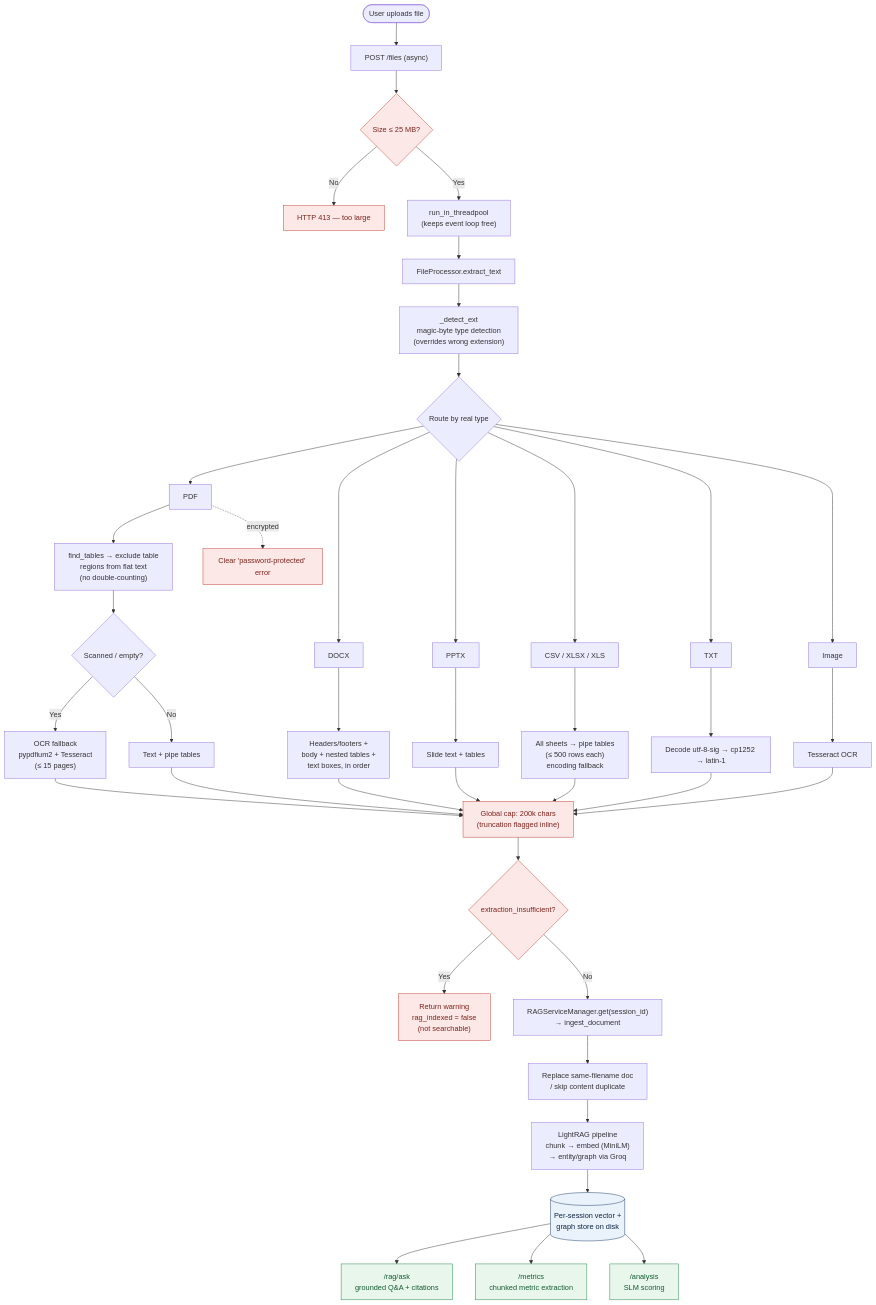
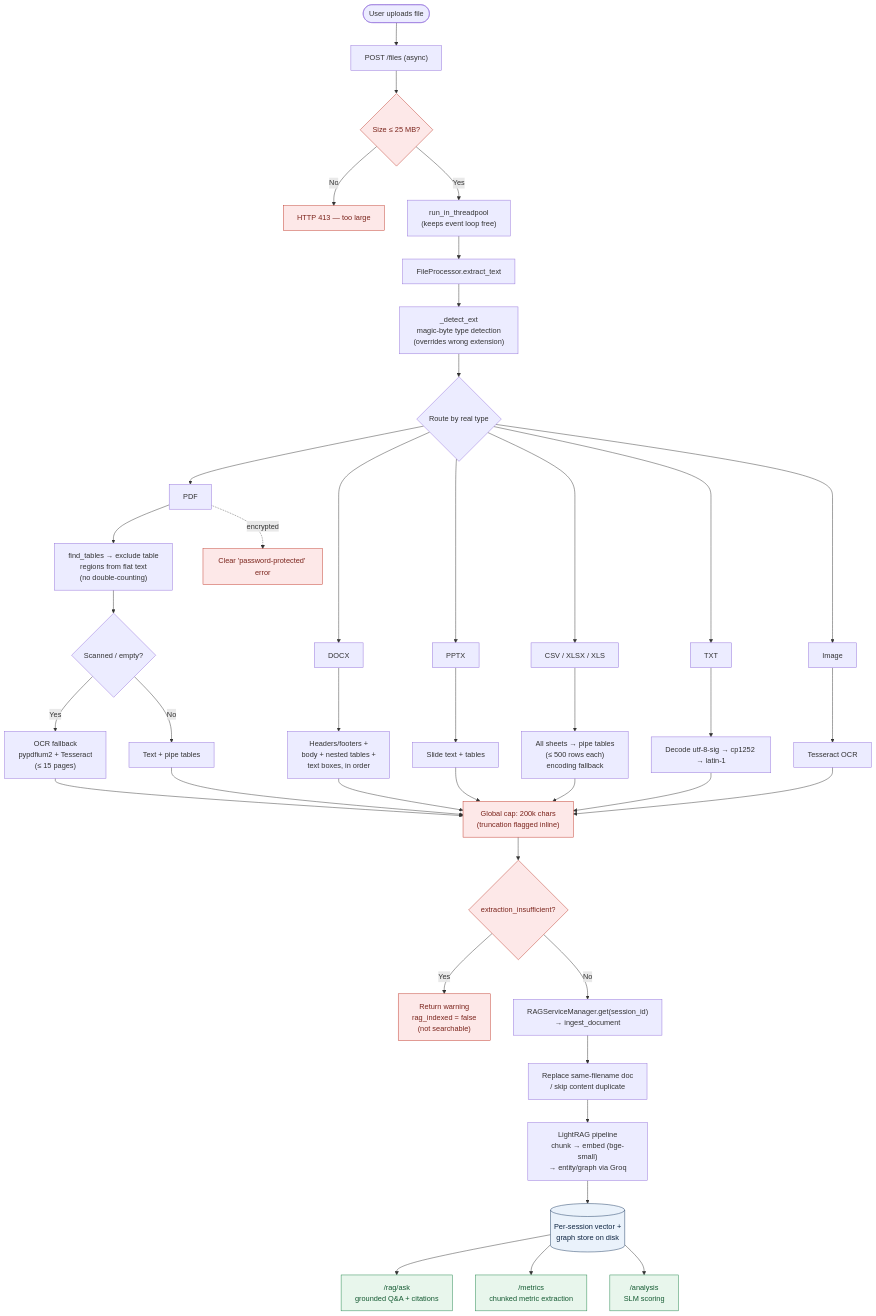
Before and after one commit to snehammishra2005-ship-it/AI_Finance: the diagram in document_processing_report.md, drawn with Mermaid. The commit also changed other lines of this file and 2 other files, not shown here.

````diff
--- a/document_processing_report.md
+++ b/document_processing_report.md
@@ -32,58 +32,58 @@
 ```mermaid
 flowchart TD
     U([User uploads file]) --> EP["POST /files (async)"]
 
     EP --> SZ{"Size ≤ 25 MB?"}
     SZ -- No --> E413["HTTP 413 — too large"]
     SZ -- Yes --> TP["run_in_threadpool<br/>(keeps event loop free)"]
 
     TP --> EX["FileProcessor.extract_text"]
     EX --> DET["_detect_ext<br/>magic-byte type detection<br/>(overrides wrong extension)"]
 
     DET --> R{Route by real type}
     R --> PDF[PDF]
     R --> DOCX[DOCX]
     R --> PPTX[PPTX]
     R --> XL["CSV / XLSX / XLS"]
     R --> TXT[TXT]
     R --> IMG[Image]
 
     PDF --> PTXT["find_tables → exclude table<br/>regions from flat text<br/>(no double-counting)"]
     PTXT --> PSCAN{"Scanned / empty?"}
     PSCAN -- Yes --> OCR["OCR fallback<br/>pypdfium2 + Tesseract<br/>(≤ 15 pages)"]
     PSCAN -- No --> PDONE[Text + pipe tables]
     PDF -.encrypted.-> ENC["Clear 'password-protected' error"]
 
     DOCX --> DTXT["Headers/footers +<br/>body + nested tables +<br/>text boxes, in order"]
     PPTX --> PPTXT["Slide text + tables"]
     XL --> XTXT["All sheets → pipe tables<br/>(≤ 500 rows each)<br/>encoding fallback"]
     TXT --> TTXT["Decode utf-8-sig → cp1252 → latin-1"]
     IMG --> ITXT["Tesseract OCR"]
 
     OCR --> CAP
     PDONE --> CAP
     DTXT --> CAP
     PPTXT --> CAP
     XTXT --> CAP
     TTXT --> CAP
     ITXT --> CAP
 
     CAP["Global cap: 200k chars<br/>(truncation flagged inline)"] --> SUFF{"extraction_insufficient?"}
     SUFF -- Yes --> WARN["Return warning<br/>rag_indexed = false<br/>(not searchable)"]
     SUFF -- No --> RAG
 
     RAG["RAGServiceManager.get(session_id)<br/>→ ingest_document"] --> DEDUP["Replace same-filename doc<br/>/ skip content duplicate"]
-    DEDUP --> LR["LightRAG pipeline<br/>chunk → embed (MiniLM)<br/>→ entity/graph via Groq"]
+    DEDUP --> LR["LightRAG pipeline<br/>chunk → embed (bge-small)<br/>→ entity/graph via Groq"]
     LR --> STORE[("Per-session vector +<br/>graph store on disk")]
 
     STORE --> QA["/rag/ask<br/>grounded Q&amp;A + citations"]
     STORE --> MET["/metrics<br/>chunked metric extraction"]
     STORE --> AN["/analysis<br/>SLM scoring"]
 
     classDef guard fill:#fde8e8,stroke:#c0392b,color:#7b241c;
     classDef store fill:#eaf2fb,stroke:#17365d,color:#0d2440;
     classDef out fill:#e8f6ec,stroke:#1e8449,color:#145a32;
     class SZ,E413,SUFF,WARN,ENC,CAP guard;
     class STORE store;
     class QA,MET,AN out;
 ```
````
